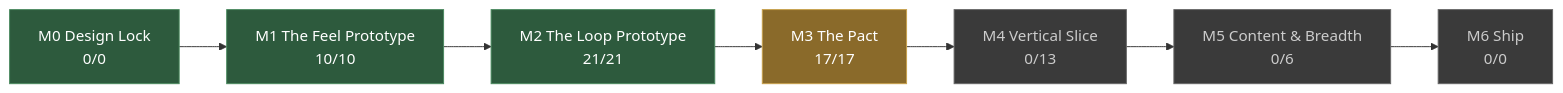
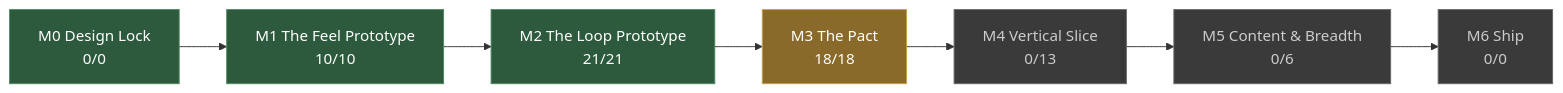
One commit to JoshuaGessner/she changed the diagram in docs/STATUS.md. Above: the diagram before and after it, drawn with Mermaid. The commit also changed other lines of this file and 10 other files, not shown here.

````diff
--- a/docs/STATUS.md
+++ b/docs/STATUS.md
@@ -13,19 +13,19 @@
 ```mermaid
 flowchart LR
   M0["M0 Design Lock<br/>0/0"]:::passed
   M1["M1 The Feel Prototype<br/>10/10"]:::passed
   M0 --> M1
   M2["M2 The Loop Prototype<br/>21/21"]:::passed
   M1 --> M2
-  M3["M3 The Pact<br/>17/17"]:::current
+  M3["M3 The Pact<br/>18/18"]:::current
   M2 --> M3
   M4["M4 Vertical Slice<br/>0/13"]:::ahead
   M3 --> M4
   M5["M5 Content & Breadth<br/>0/6"]:::ahead
   M4 --> M5
   M6["M6 Ship<br/>0/0"]:::ahead
   M5 --> M6
   classDef passed fill:#2d5a3d,stroke:#4a8a5f,color:#fff
   classDef current fill:#8a6a2a,stroke:#c8a04a,color:#fff
   classDef ahead fill:#3a3a3a,stroke:#666,color:#ccc
 ```
````
